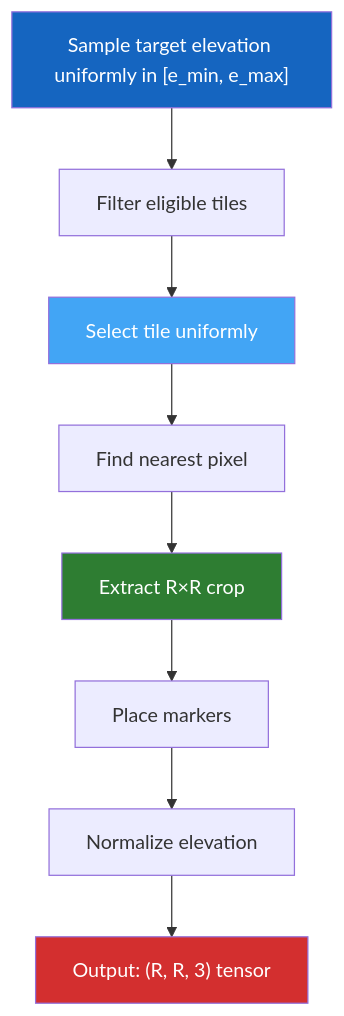
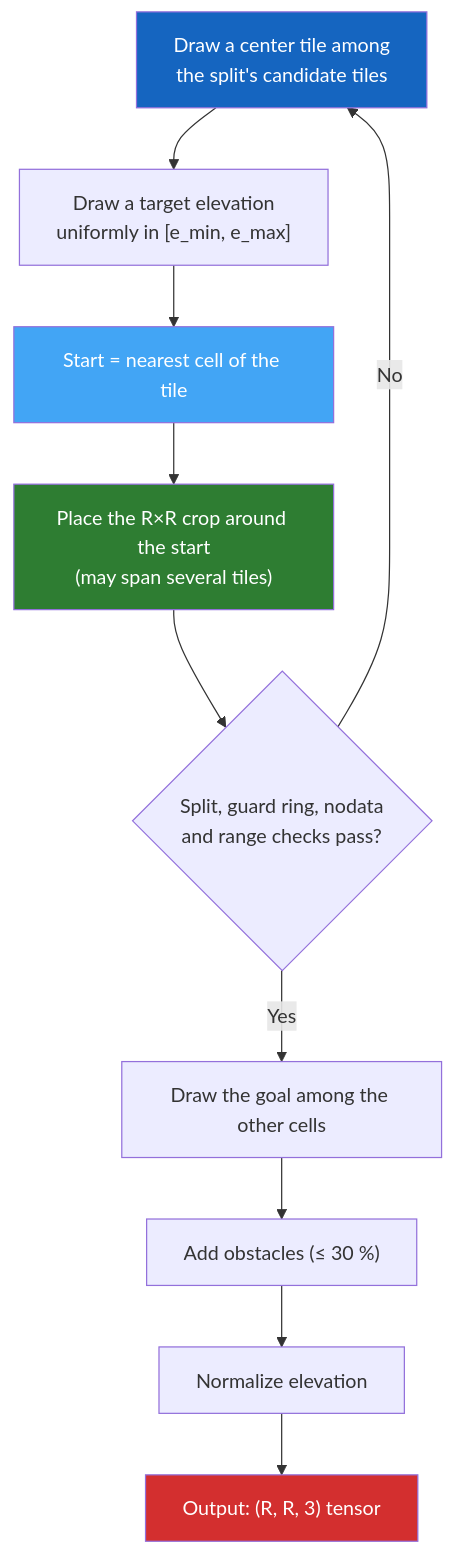
The second of 2 diagrams in docs/generation/sampling.md (ThalesGroup/passage), drawn with Mermaid before and after one commit. The commit also changed other lines of this file and 69 other files, not shown here.

````diff
--- a/docs/generation/sampling.md
+++ b/docs/generation/sampling.md
@@ -139,15 +147,17 @@
 ```mermaid
 flowchart TD
-    E["Sample target elevation uniformly in [e_min, e_max]"] --> F[Filter eligible tiles]
-    F --> G[Select tile uniformly]
-    G --> H[Find nearest pixel]
-    H --> I[Extract R×R crop]
-    I --> J[Place markers]
-    J --> K[Normalize elevation]
-    K --> L["Output: (R, R, 3) tensor"]
+    A["Draw a center tile among<br>the split's candidate tiles"] --> B["Draw a target elevation<br>uniformly in [e_min, e_max]"]
+    B --> C[Start = nearest cell of the tile]
+    C --> D["Place the R×R crop around the start<br>(may span several tiles)"]
+    D --> E{"Split, guard ring, nodata<br>and range checks pass?"}
+    E -->|No| A
+    E -->|Yes| F[Draw the goal among the other cells]
+    F --> G["Add obstacles (≤ 30 %)"]
+    G --> H[Normalize elevation]
+    H --> L["Output: (R, R, 3) tensor"]
 
-    style E fill:#1565C0,color:#fff
-    style G fill:#42A5F5,color:#fff
-    style I fill:#2E7D32,color:#fff
+    style A fill:#1565C0,color:#fff
+    style C fill:#42A5F5,color:#fff
+    style D fill:#2E7D32,color:#fff
     style L fill:#D32F2F,color:#fff
 ```
````
